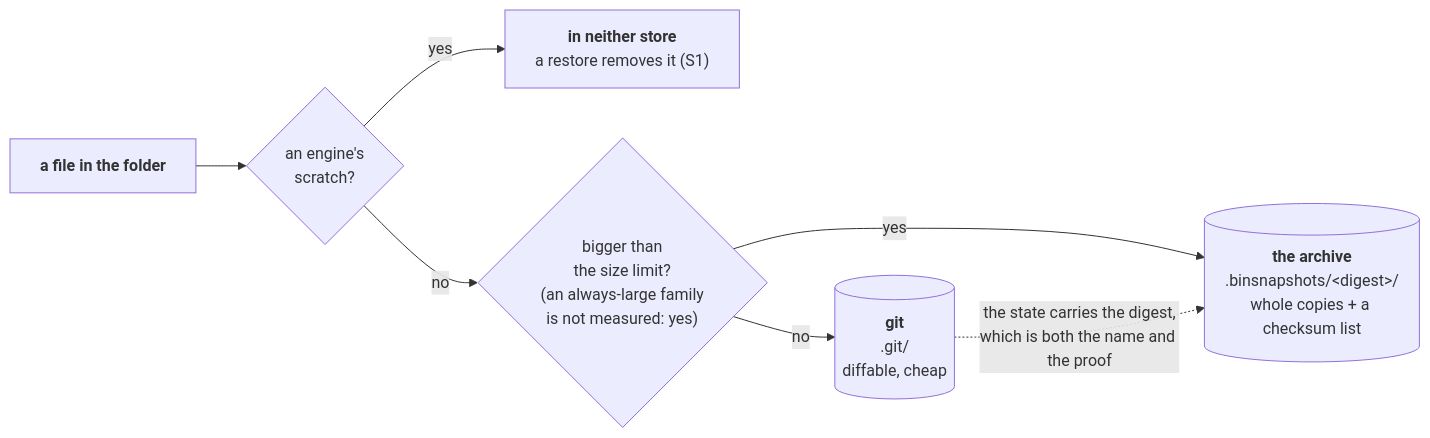
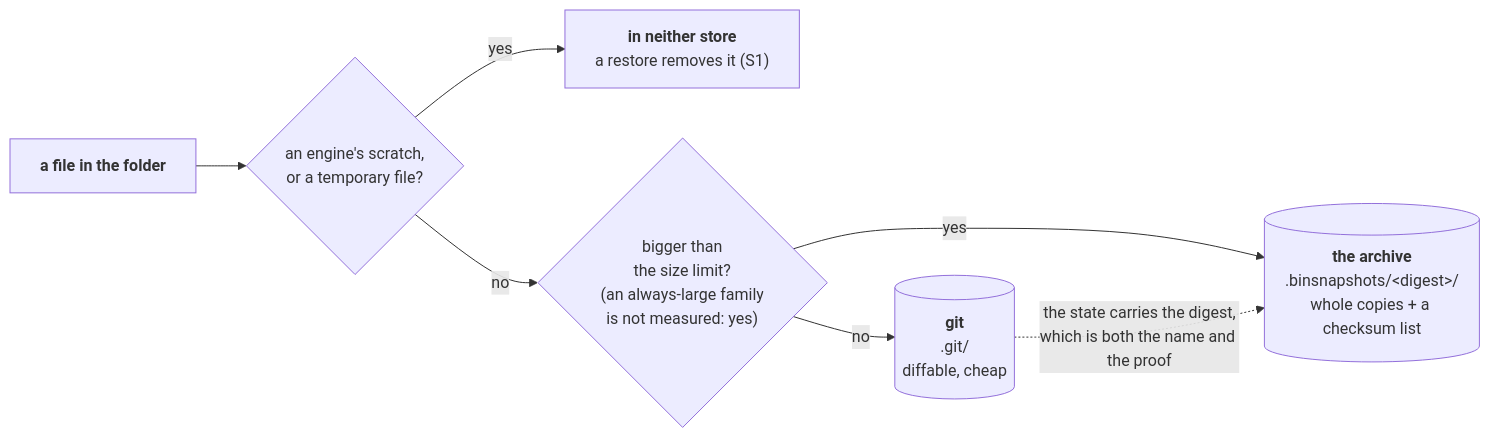
Before and after one commit to Qing-LAB/molbuilder: the first of 5 diagrams in docs/execution/checkpointing.md, drawn with Mermaid. The commit also changed other lines of this file and 30 other files, not shown here.

````diff
--- a/docs/execution/checkpointing.md
+++ b/docs/execution/checkpointing.md
@@ -156,9 +140,9 @@
 ```mermaid
 flowchart LR
-    F["<b>a file in the folder</b>"] --> S{"an engine's<br/>scratch?"}
+    F["<b>a file in the folder</b>"] --> S{"an engine's scratch,<br/>or a temporary file?"}
     S -->|"yes"| N["<b>in neither store</b><br/>a restore removes it (S1)"]
     S -->|"no"| Q{"bigger than<br/>the size limit?<br/>(an always-large family<br/>is not measured: yes)"}
     Q -->|"no"| G[("<b>git</b><br/>.git/<br/>diffable, cheap")]
     Q -->|"yes"| A[("<b>the archive</b><br/>.binsnapshots/&lt;digest&gt;/<br/>whole copies + a checksum list")]
     G -.->|"the state carries the digest,<br/>which is both the name and the proof"| A
 ```
````
